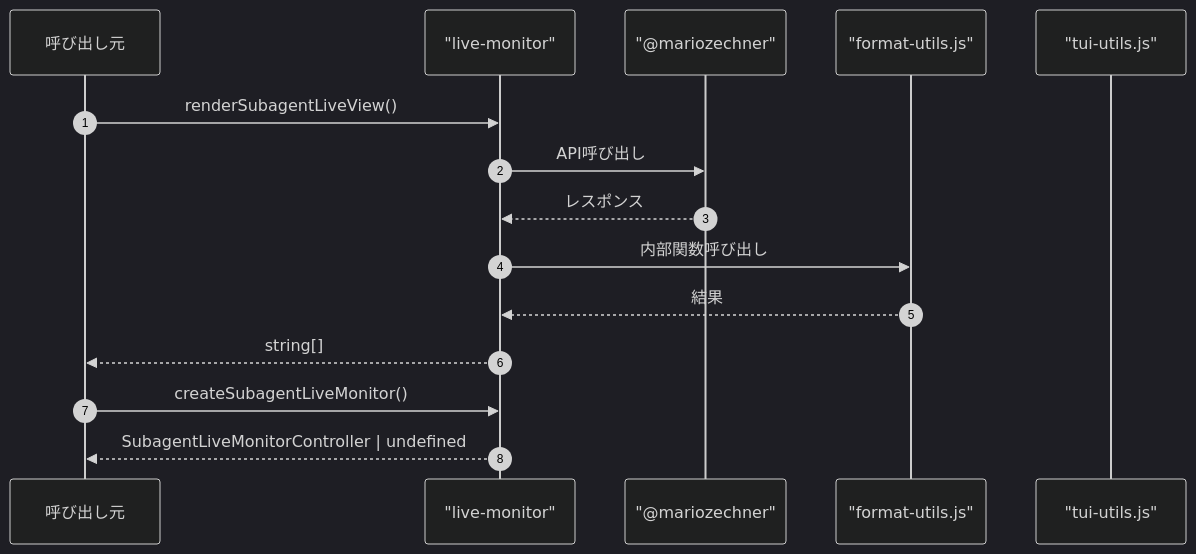
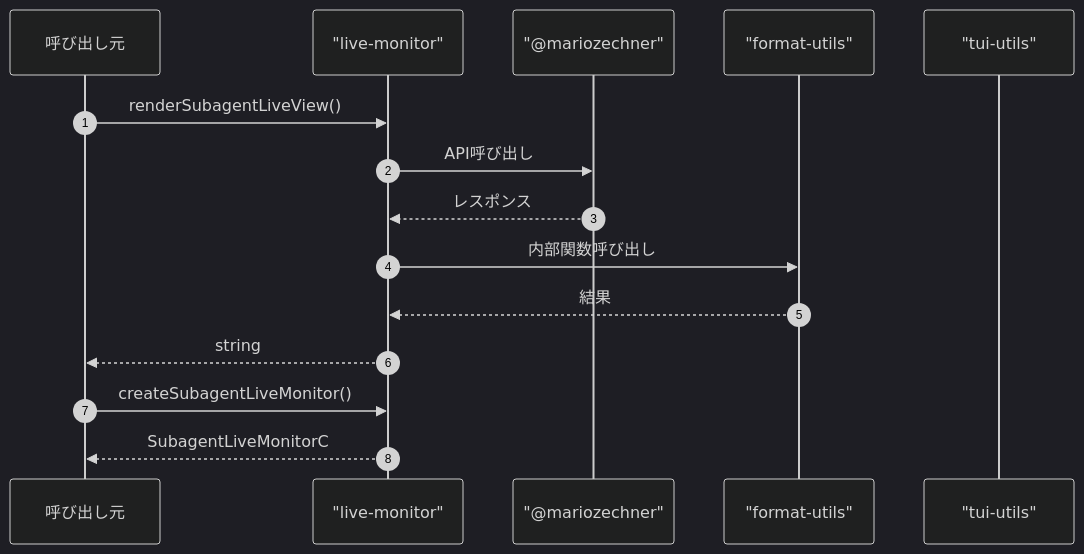
Before and after one commit to Mekann2904/mekann: the third of 3 diagrams in ABDD/.pi/extensions/subagents/live-monitor.md, drawn with Mermaid (dark theme). The commit also changed other lines of this file and 174 other files, not shown here.

First line of the commit message:
fix(docs): ABDDのMermaid図生成エラーを修正する

````diff
--- a/ABDD/.pi/extensions/subagents/live-monitor.md
+++ b/ABDD/.pi/extensions/subagents/live-monitor.md
@@ -68,19 +68,19 @@
 ```mermaid
 sequenceDiagram
   autonumber
   participant Caller as 呼び出し元
   participant live_monitor as "live-monitor"
-  participant _mariozechner as "@mariozechner"
-  participant format_utils_js as "format-utils.js"
-  participant tui_utils_js as "tui-utils.js"
+  participant mariozechner as "@mariozechner"
+  participant format_utils as "format-utils"
+  participant tui_utils as "tui-utils"
 
   Caller->>live_monitor: renderSubagentLiveView()
-  live_monitor->>_mariozechner: API呼び出し
-  _mariozechner-->>live_monitor: レスポンス
-  live_monitor->>format_utils_js: 内部関数呼び出し
-  format_utils_js-->>live_monitor: 結果
-  live_monitor-->>Caller: string[]
+  live_monitor->>mariozechner: API呼び出し
+  mariozechner-->>live_monitor: レスポンス
+  live_monitor->>format_utils: 内部関数呼び出し
+  format_utils-->>live_monitor: 結果
+  live_monitor-->>Caller: string
 
   Caller->>live_monitor: createSubagentLiveMonitor()
-  live_monitor-->>Caller: SubagentLiveMonitorController | undefined
+  live_monitor-->>Caller: SubagentLiveMonitorC
 ```
````
